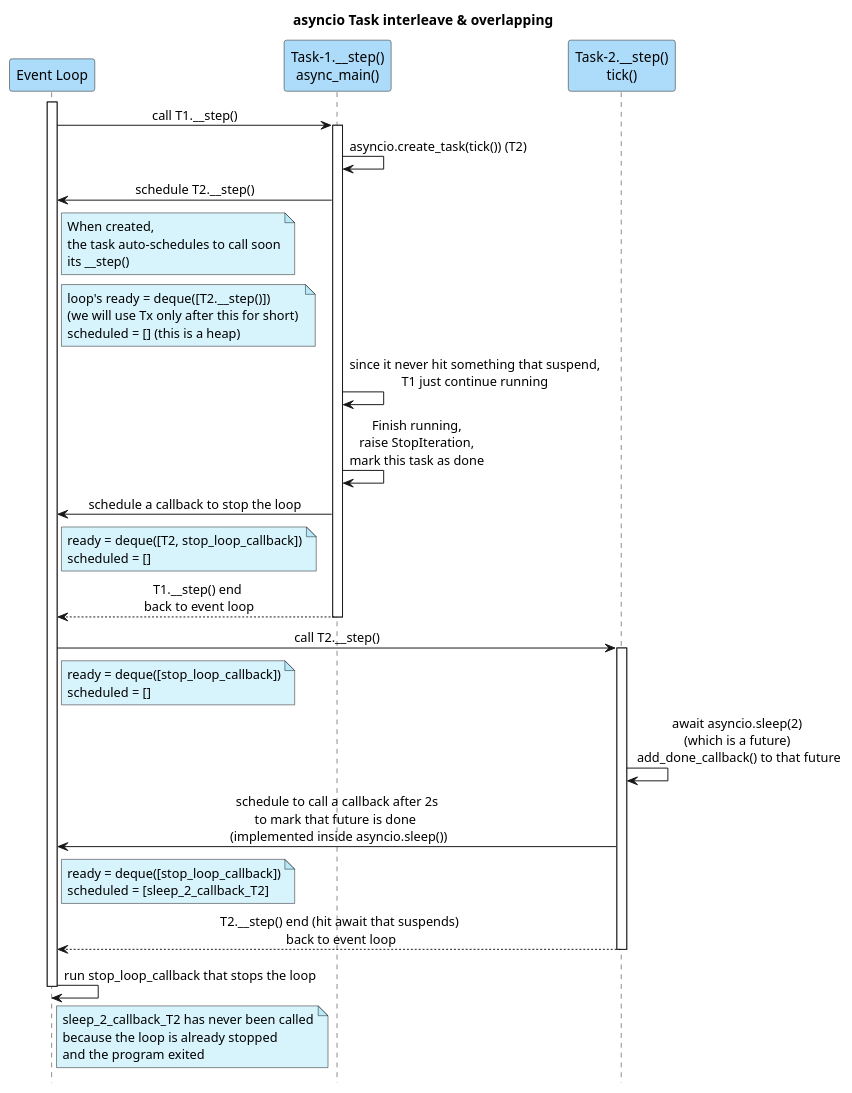
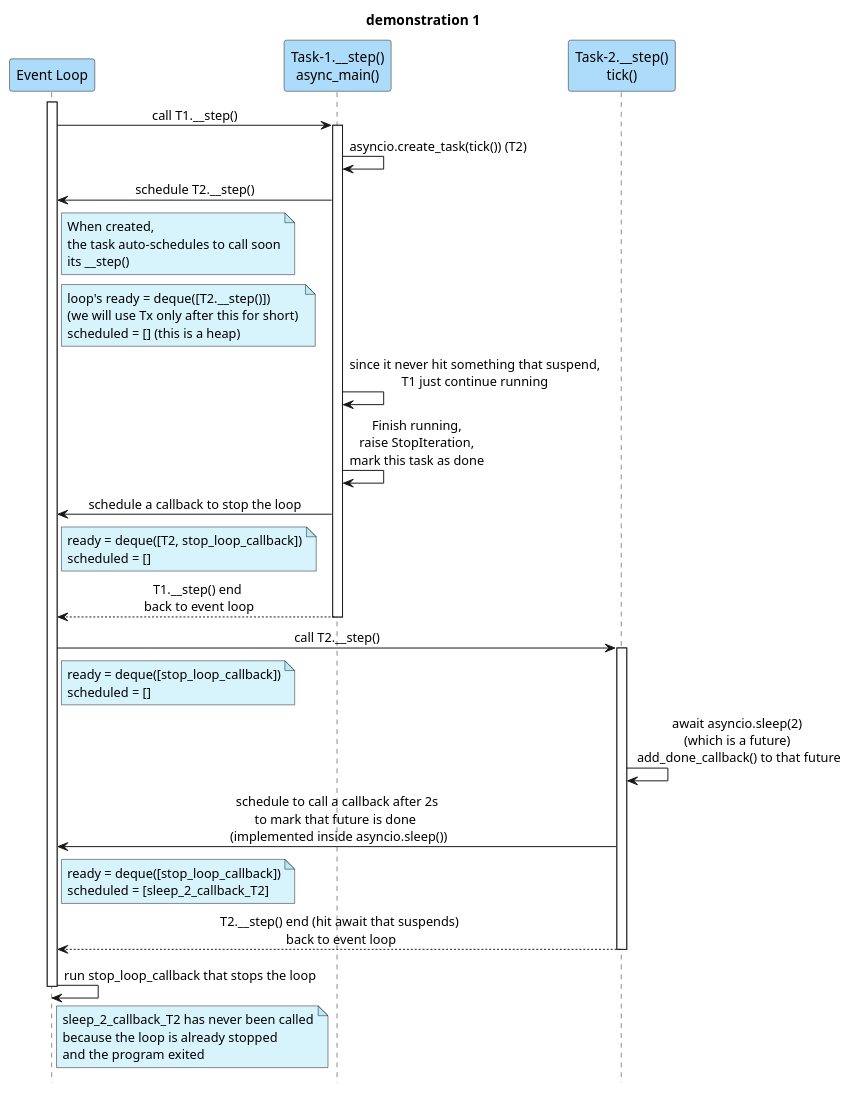
One commit to nguyenkhangme/understand-asyncio changed the diagram in demo1.puml. Above: the diagram before and after it, drawn with PlantUML. The commit also changed 3 other files, not shown here.

```diff
--- a/demo1.puml
+++ b/demo1.puml
@@ -1,77 +1,77 @@
 @startuml
-title asyncio Task interleave & overlapping
+title demonstration 1
 
 hide footbox
 skinparam sequenceMessageAlign center 
 skinparam ParticipantPadding 20
 
 participant "Event Loop" as L #64bef687
 participant "Task-1.__step()\nasync_main()" as T1 #64bef687
 participant "Task-2.__step()\ntick()" as T2 #64bef687
 
 activate L
 
 L -> T1 : call T1.__step()
 activate T1
 
 T1 -> T1 : asyncio.create_task(tick()) (T2)
 T1 -> L : schedule T2.__step()
 
 note right of L #3bc2ef33
 When created,
 the task auto-schedules to call soon
 its __step()
 end note
 note right of L #3bc2ef33
 loop's ready = deque([T2.__step()])
 (we will use Tx only after this for short) 
 scheduled = [] (this is a heap)
 end note
 
 T1 -> T1 : since it never hit something that suspend,\nT1 just continue running
 
 T1 -> T1 : Finish running,\nraise StopIteration,\nmark this task as done
 
 T1 -> L : schedule a callback to stop the loop
 
 note right of L #3bc2ef33
 ready = deque([T2, stop_loop_callback])
 scheduled = []
 end note
 
 T1 --> L : T1.__step() end\n back to event loop
 
 deactivate T1
 
 L -> T2 : call T2.__step()
 
 note right of L #3bc2ef33
 ready = deque([stop_loop_callback])
 scheduled = []
 end note
 
 activate T2
 
 T2 -> T2 : await asyncio.sleep(2)\n(which is a future)\n add_done_callback() to that future
 T2 -> L : schedule to call a callback after 2s\nto mark that future is done \n (implemented inside asyncio.sleep())
 
 note right of L #3bc2ef33
 ready = deque([stop_loop_callback])
 scheduled = [sleep_2_callback_T2]
 end note
 
 T2 --> L : T2.__step() end (hit await that suspends)\n back to event loop
 
 deactivate T2
 
 L -> L : run stop_loop_callback that stops the loop
 
 note right of L #3bc2ef33
 sleep_2_callback_T2 has never been called
 because the loop is already stopped
 and the program exited
 end note
 
 deactivate L
 
 @enduml
```
